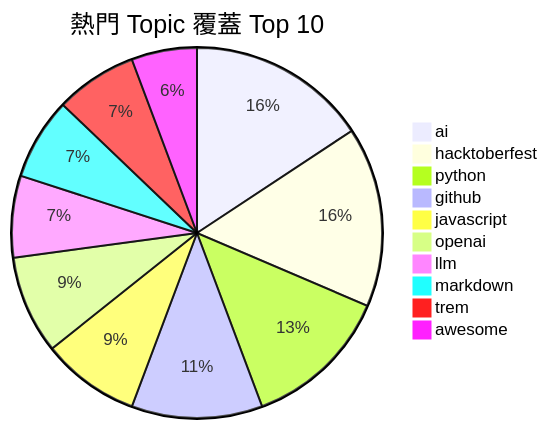
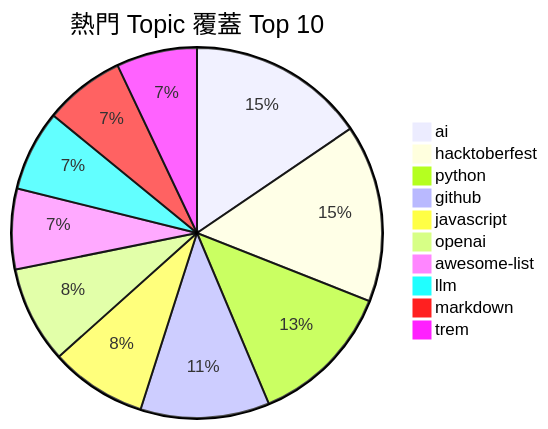
One commit to Andy87877/GitHub-Star-Manager changed the first of 2 diagrams in README.md. Above: the diagram before and after it, drawn with Mermaid. The commit also changed other lines of this file and 3 other files, not shown here.

````diff
--- a/README.md
+++ b/README.md
@@ -11,13 +11,13 @@
 ```mermaid
 pie title 熱門 Topic 覆蓋 Top 10
     "ai" : 11
     "hacktoberfest" : 11
     "python" : 9
     "github" : 8
     "javascript" : 6
     "openai" : 6
+    "awesome-list" : 5
     "llm" : 5
     "markdown" : 5
     "trem" : 5
-    "awesome" : 4
 ```
````
